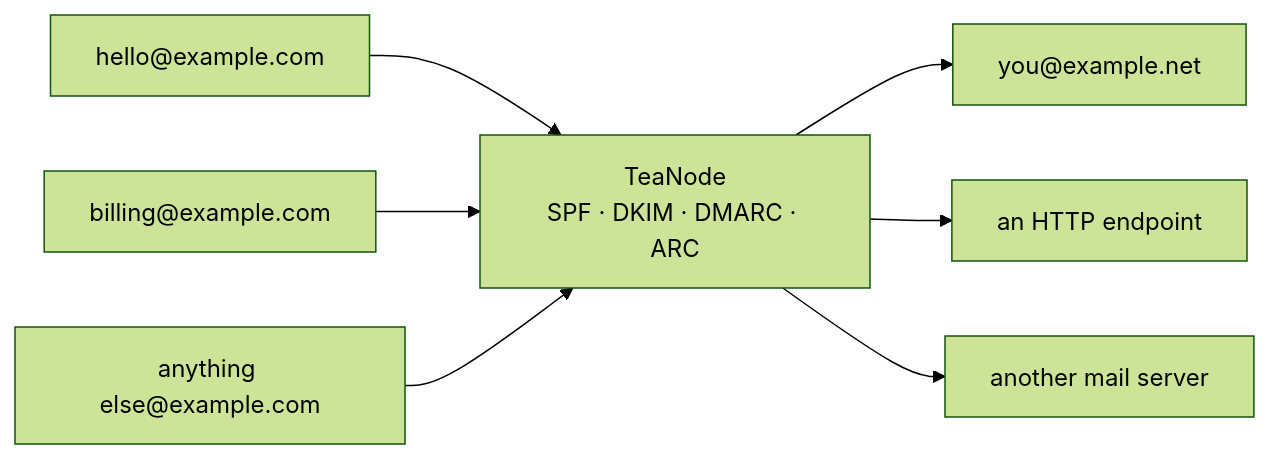
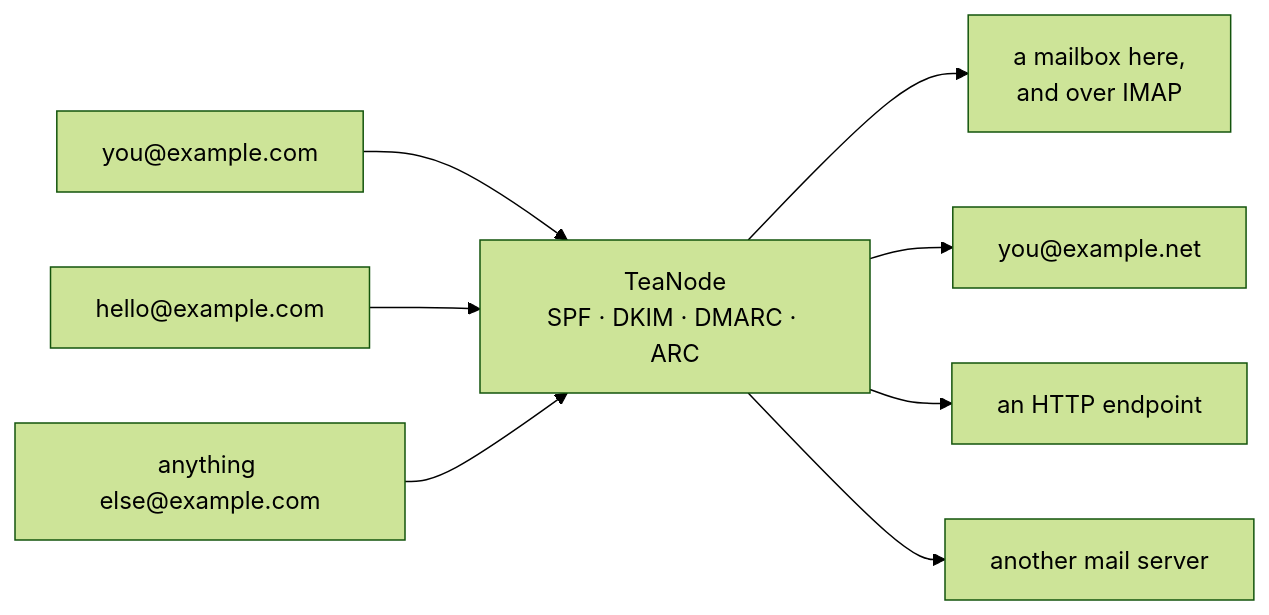
The first of 2 diagrams in README.md (ziyan/teanode), drawn with Mermaid (forest theme) before and after one commit. The commit also changed other lines of this file and 4 other files, not shown here.

````diff
--- a/README.md
+++ b/README.md
@@ -19,10 +25,11 @@
 ```mermaid
 flowchart LR
-    A["hello@example.com"] --> T
-    B["billing@example.com"] --> T
+    A["you@example.com"] --> T
+    B["hello@example.com"] --> T
     C["anything else@example.com"] --> T
     T["TeaNode<br/>SPF · DKIM · DMARC · ARC"]
+    T --> M["a mailbox here,<br/>and over IMAP"]
     T --> D["you@example.net"]
     T --> E["an HTTP endpoint"]
     T --> F["another mail server"]
 ```
````
